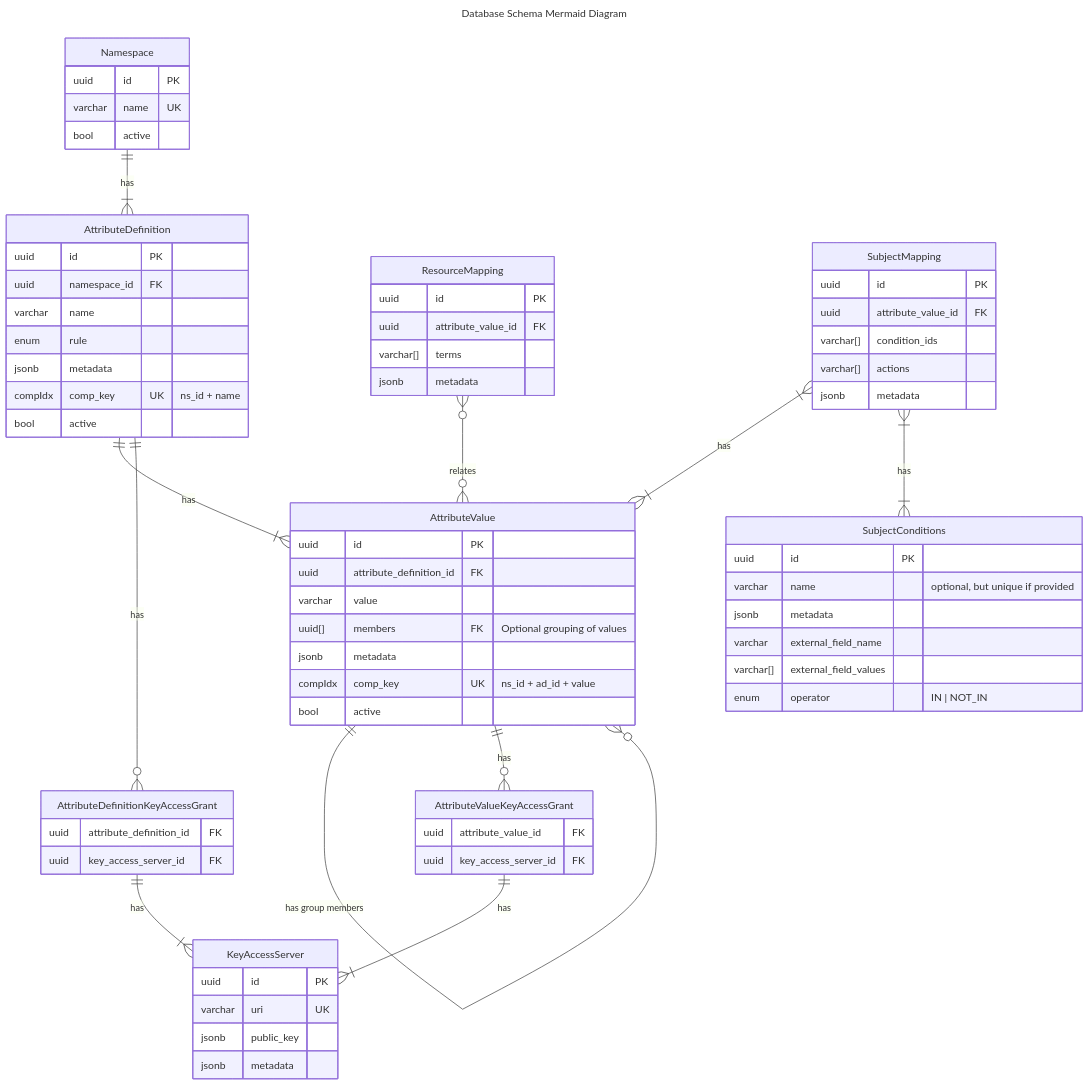
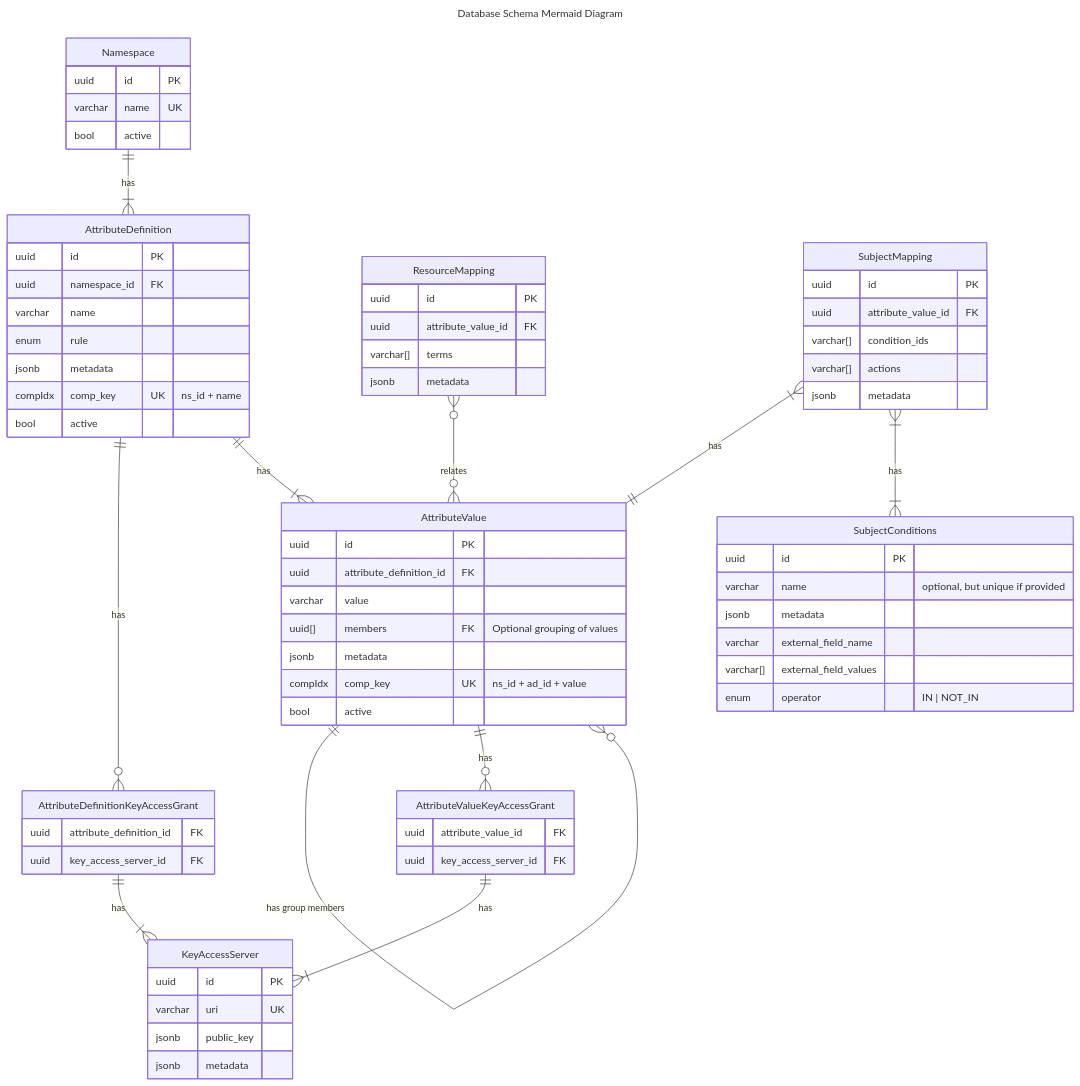
One commit to opentdf/platform changed the diagram in migrations/20240228000000_schema_erd.md. Above: the diagram before and after it, drawn with Mermaid. The commit also changed 1 other file, not shown here.

```diff
--- a/migrations/20240228000000_schema_erd.md
+++ b/migrations/20240228000000_schema_erd.md
@@ -25,13 +25,21 @@
   when provided) so that SubjectConditions can be more easily reused across varying SubjectMappings
   while allowing a policy administrator to query them by a slug instead of only a uuid.
 
+
+  Questions:
+    1. do we need AND/OR *outside of attribute definition ANY_OF/ALL_OF enum* for certain?
+    2. if we really need nested subject conditions, can we use recursive SQL and an implicit AND?
+    3. we have `active` status on attribute values, if an attribute value is deactivated, its subject mappings can live on. Do we also need `active` status on subject conditions, or is deletion just fine? 
+    4. does it have to be many to many from SubjectSets to ConditionGroups and ConditionGroups to Conditions?
+    5. where to ACTIONS really live? Tagging PDP is asking?
+
 ---
 
 erDiagram
 
     Namespace ||--|{ AttributeDefinition : has
+    AttributeDefinition ||--o{ AttributeDefinitionKeyAccessGrant : has
     AttributeDefinition ||--|{ AttributeValue : has
-    AttributeDefinition ||--o{ AttributeDefinitionKeyAccessGrant : has
 
     AttributeValue ||--o{ AttributeValue: "has group members"
     AttributeValue ||--o{ AttributeValueKeyAccessGrant: has
@@ -41,7 +49,7 @@
 
     ResourceMapping }o--o{ AttributeValue: relates
 
-    SubjectMapping }|--|{ AttributeValue: has
+    SubjectMapping }|--|| AttributeValue: has
     SubjectMapping }|--|{ SubjectConditions: has
 
     Namespace {
```
